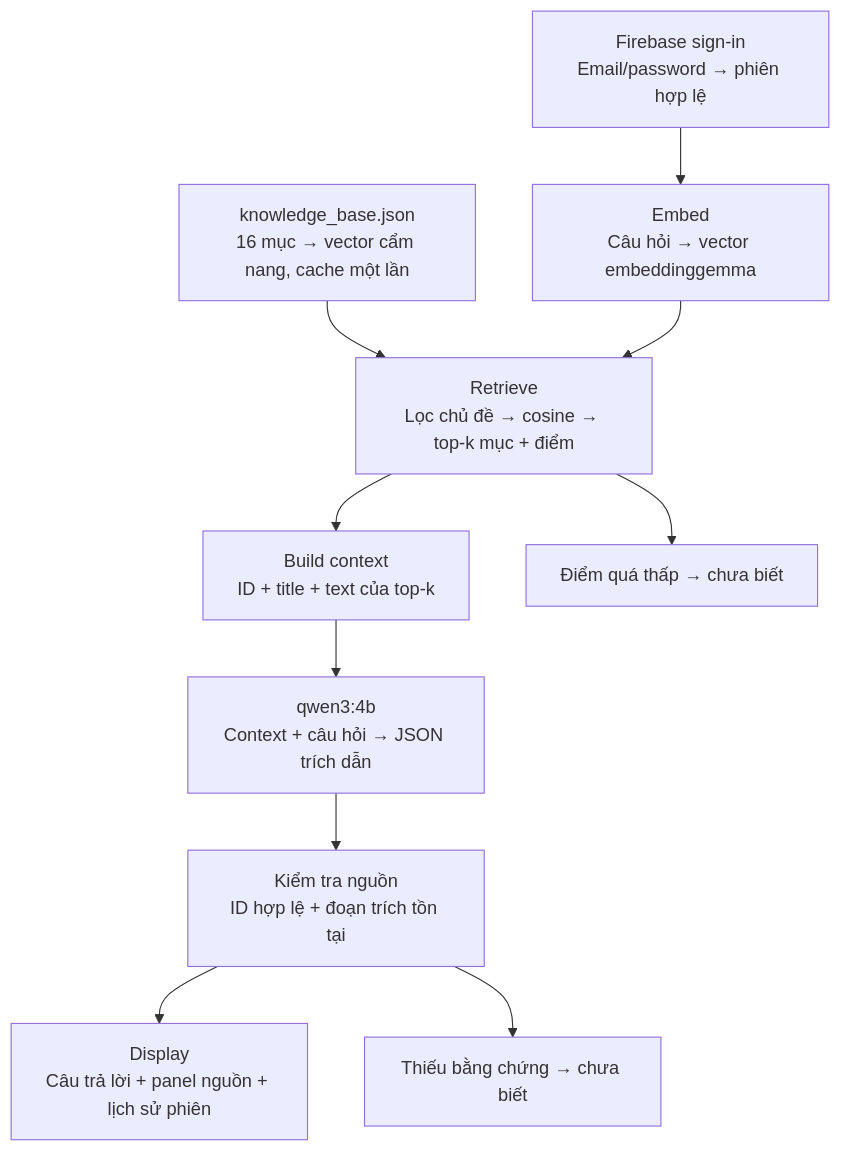
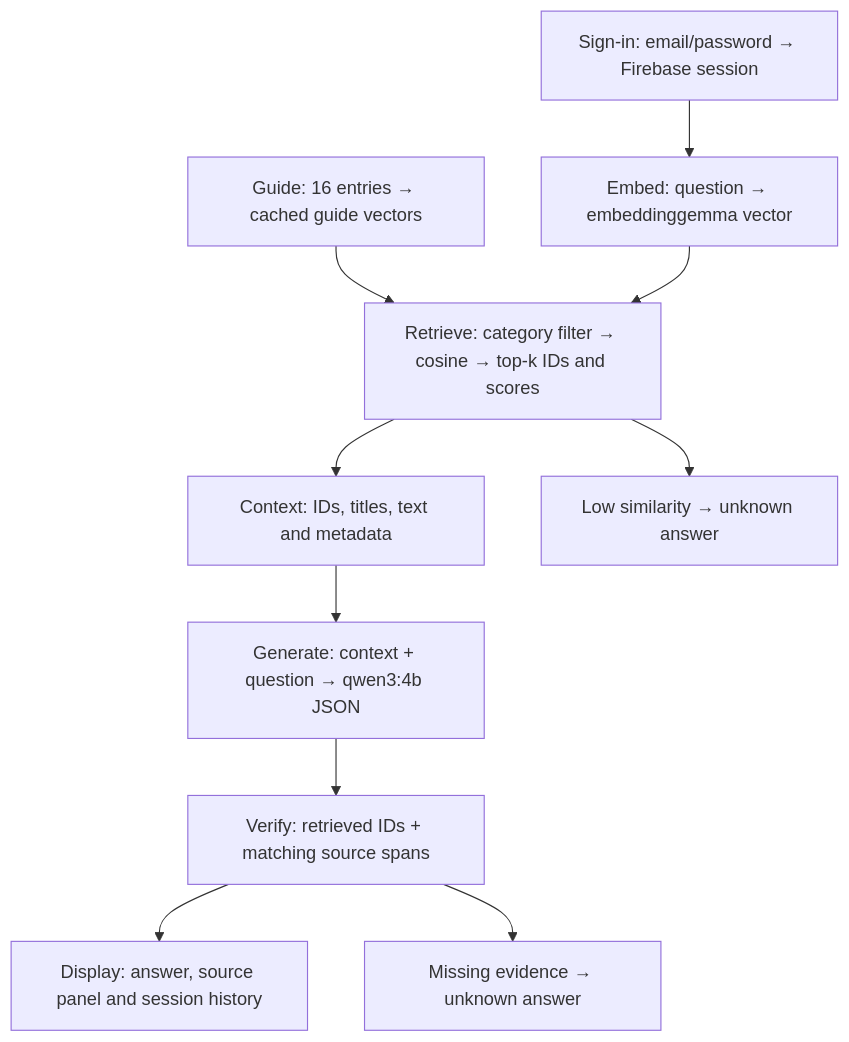
The diagram in README.md (vo-m-tri1412/lumen-travel-assistant), drawn with Mermaid before and after one commit. The commit also changed other lines of this file and 10 other files, not shown here.

````diff
--- a/README.md
+++ b/README.md
@@ -73,12 +78,12 @@
 ```mermaid
 flowchart TD
-  A["Firebase sign-in\nEmail/password → phiên hợp lệ"] --> B["Embed\nCâu hỏi → vector embeddinggemma"]
-  K["knowledge_base.json\n16 mục → vector cẩm nang, cache một lần"] --> C
-  B --> C["Retrieve\nLọc chủ đề → cosine → top-k mục + điểm"]
-  C --> D["Build context\nID + title + text của top-k"]
-  D --> E["qwen3:4b\nContext + câu hỏi → JSON trích dẫn"]
-  E --> F["Kiểm tra nguồn\nID hợp lệ + đoạn trích tồn tại"]
-  F --> G["Display\nCâu trả lời + panel nguồn + lịch sử phiên"]
-  C --> H["Điểm quá thấp → chưa biết"]
-  F --> I["Thiếu bằng chứng → chưa biết"]
+  A["Sign-in: email/password → Firebase session"] --> B["Embed: question → embeddinggemma vector"]
+  K["Guide: 16 entries → cached guide vectors"] --> C
+  B --> C["Retrieve: category filter → cosine → top-k IDs and scores"]
+  C --> D["Context: IDs, titles, text and metadata"]
+  D --> E["Generate: context + question → qwen3:4b JSON"]
+  E --> F["Verify: retrieved IDs + matching source spans"]
+  F --> G["Display: answer, source panel and session history"]
+  C --> H["Low similarity → unknown answer"]
+  F --> I["Missing evidence → unknown answer"]
 ```
````
